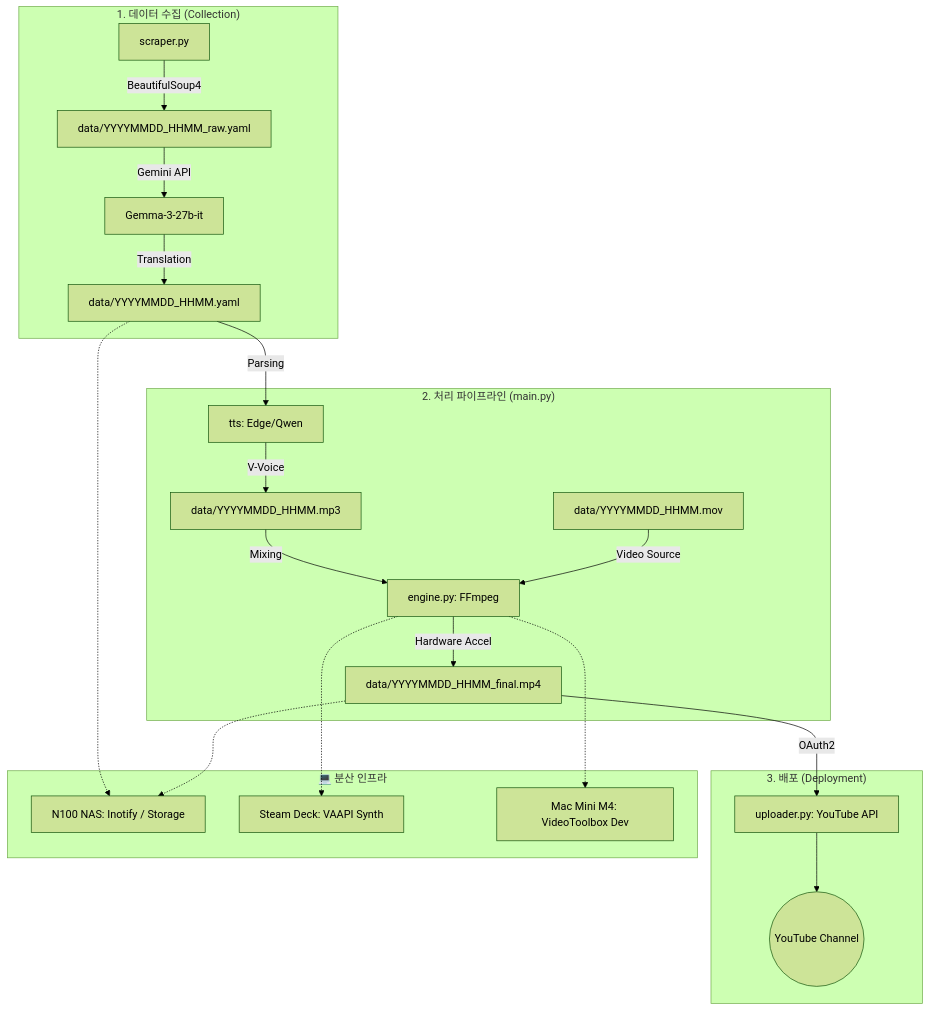
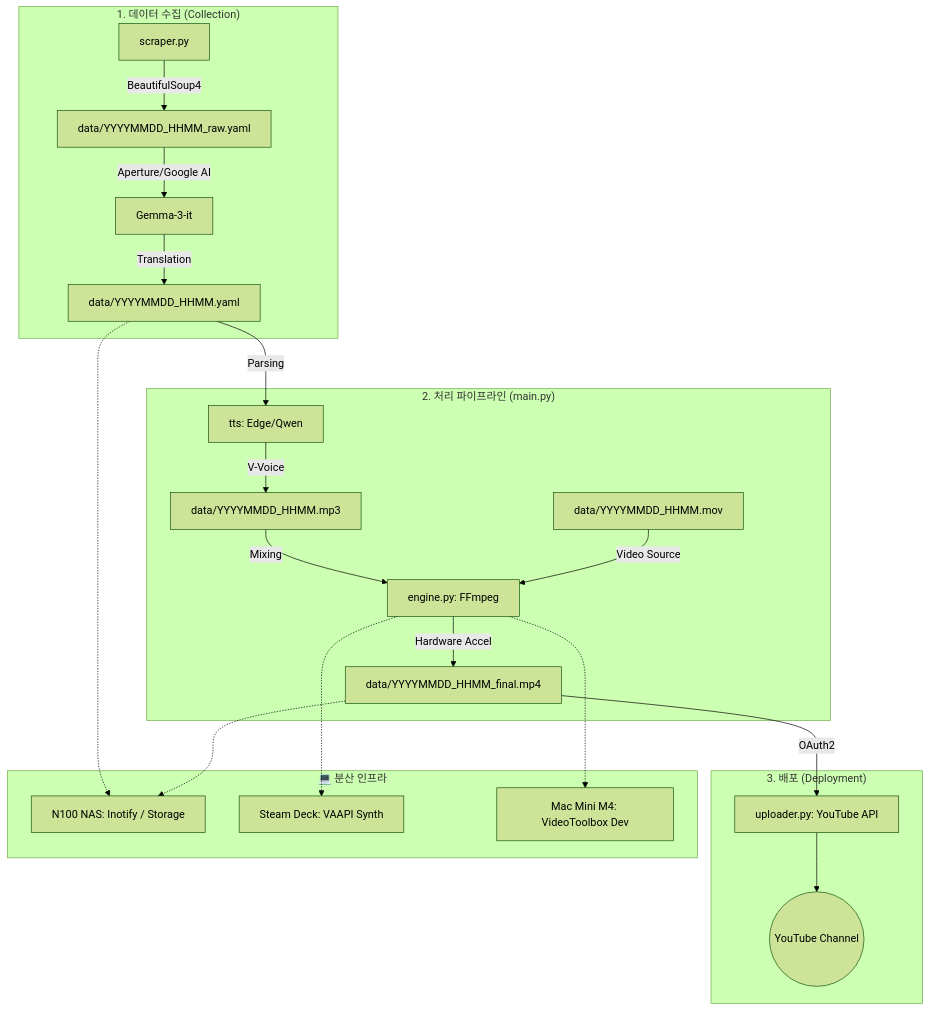
Before and after one commit to deuxksy/today-vn-news: the diagram in README.md, drawn with Mermaid (forest theme). The commit also changed other lines of this file, not shown here.

````diff
--- a/README.md
+++ b/README.md
@@ -15,34 +15,34 @@
 ```mermaid
 graph TD
     subgraph "1. 데이터 수집 (Collection)"
         S[scraper.py] -->|BeautifulSoup4| RAW[data/YYYYMMDD_HHMM_raw.yaml]
-        RAW -->|Gemini API| G[Gemma-3-27b-it]
+        RAW -->|Aperture/Google AI| G[Gemma-3-it]
         G -->|Translation| YAML[data/YYYYMMDD_HHMM.yaml]
     end
 
     subgraph "2. 처리 파이프라인 (main.py)"
         YAML -->|Parsing| TTS[tts: Edge/Qwen]
         TTS -->|V-Voice| MP3[data/YYYYMMDD_HHMM.mp3]
 
         MP3 -->|Mixing| Engine[engine.py: FFmpeg]
         MOV[data/YYYYMMDD_HHMM.mov] -->|Video Source| Engine
 
         Engine -->|Hardware Accel| Final[data/YYYYMMDD_HHMM_final.mp4]
     end
 
     subgraph "3. 배포 (Deployment)"
         Final -->|OAuth2| UP[uploader.py: YouTube API]
         UP --> YT((YouTube Channel))
     end
 
     subgraph "💻 분산 인프라"
         NAS[N100 NAS: Inotify / Storage]
         SD[Steam Deck: VAAPI Synth]
         MAC[Mac Mini M4: VideoToolbox Dev]
     end
 
     YAML -.-> NAS
     Final -.-> NAS
     Engine -.-> SD
     Engine -.-> MAC
 ```
````
